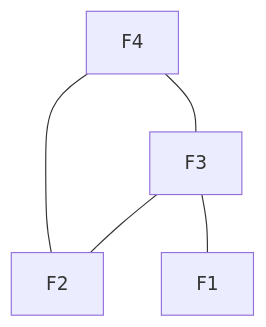
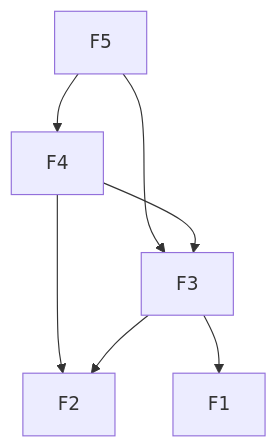
Before and after one commit to bfeitknecht/vault: the first of 2 diagrams in wiki/dynamic programming.md, drawn with Mermaid. The commit also changed other lines of this file and 2 other files, not shown here.

````diff
--- a/wiki/dynamic programming.md
+++ b/wiki/dynamic programming.md
@@ -8,6 +4,11 @@
 ```mermaid
 flowchart TD
 
-F4 --- F2 & F3
-F3 --- F1 & F2
+
+F5 --> F4
+F5 --> F3
+F4 --> F3
+F4 --> F2
+F3 --> F2
+F3 --> F1
 ```
````
